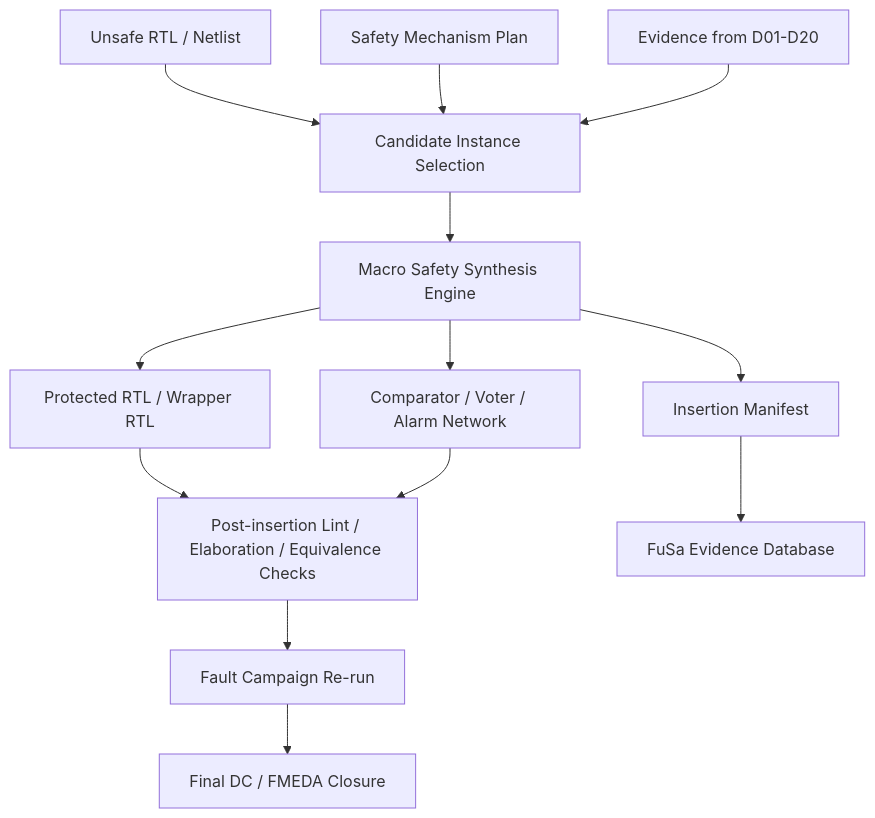
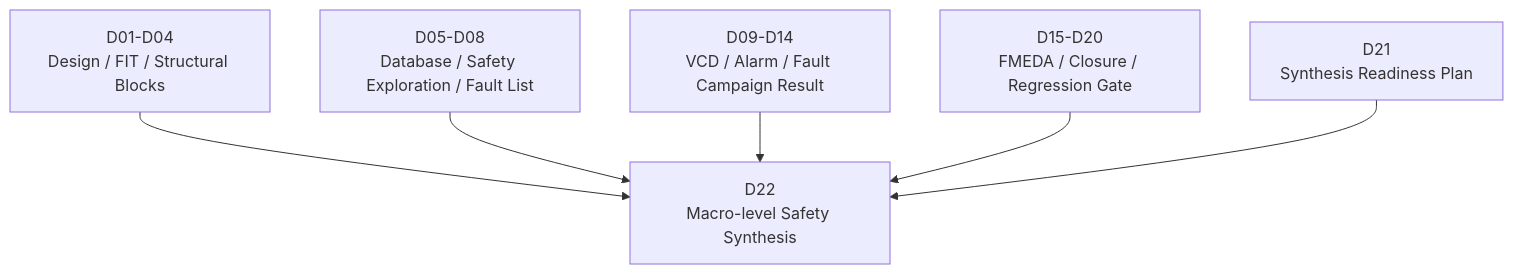
One commit to qiqixixi1001/automotive-safeic-practice changed the second of 9 diagrams in articles/GitHub_D22_macro_level_safety_synthesis.md. Above: the diagram before and after it, drawn with Mermaid. The commit also changed other lines of this file, not shown here.

````diff
--- a/articles/GitHub_D22_macro_level_safety_synthesis.md
+++ b/articles/GitHub_D22_macro_level_safety_synthesis.md
@@ -49,15 +67,9 @@
 ```mermaid
-flowchart TD
-    A[Unsafe RTL / Netlist] --> B[Candidate Instance Selection]
-    C[Safety Mechanism Plan] --> B
-    D[Evidence from D01-D20] --> B
-    B --> E[Macro Safety Synthesis Engine]
-    E --> F[Protected RTL / Wrapper RTL]
-    E --> G[Comparator / Voter / Alarm Network]
-    E --> H[Insertion Manifest]
-    F --> I[Post-insertion Lint / Elaboration / Equivalence Checks]
-    G --> I
-    H --> J[FuSa Evidence Database]
-    I --> K[Fault Campaign Re-run]
-    K --> L[Final DC / FMEDA Closure]
+flowchart TB
+    A[D01-D04<br/>Design / FIT / Structural Blocks] --> E[D22]
+    B[D05-D08<br/>Database / Safety Exploration / Fault List] --> E
+    C[D09-D14<br/>VCD / Alarm / Fault Campaign Result] --> E
+    D[D15-D20<br/>FMEDA / Closure / Regression Gate] --> E
+    F[D21<br/>Synthesis Readiness Plan] --> E
+    E[D22<br/>Macro-level Safety Synthesis]
 ```
````
